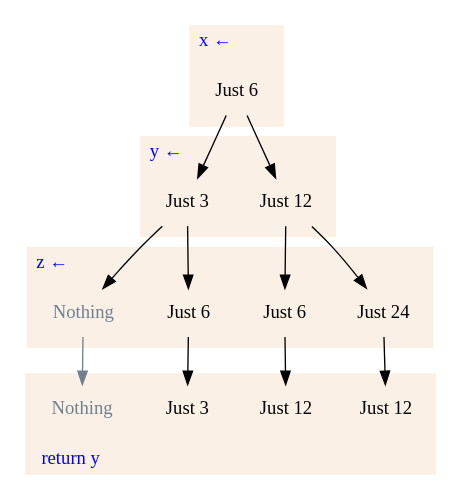
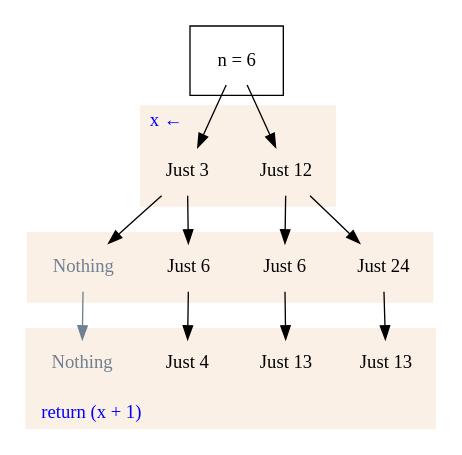
One commit to mstksg/inCode changed the diagram in work/monad-plus/halvedouble.dot. Above: the diagram before and after it, drawn with Graphviz. The commit also changed 2 other files, not shown here.

```diff
--- a/work/monad-plus/halvedouble.dot
+++ b/work/monad-plus/halvedouble.dot
@@ -1,68 +1,64 @@
 digraph {
 
     node [shape=none, color=white, fontname="palatino"] ;
     graph [fontname="palatino"] ;
 
     /* rankdir=LR; */
 
     labeljust="l";
     constraint=false;
 
     subgraph cluster0 {
+        /* label="n =" ; */
+        /* fontcolor=blue; */
+        /* style=filled ; */
+        /* color=linen ; */
+        n  [label="n = 6"] ;
+    }
+
+    subgraph cluster1 {
         label="x ←" ;
         fontcolor=blue;
         style=filled ;
         color=linen ;
-        /* xl [label="x",shape=none] ; */
-        x  [label="Just 6"] ;
-    }
-
-    subgraph cluster1 {
-        label="y ←" ;
-        fontcolor=blue;
-        style=filled ;
-        color=linen ;
-        /* yl [label="y"] ; */
-        y2 [label="Just 12"] ;
-        y1 [label="Just 3"] ;
+        x2 [label="Just 12"] ;
+        x1 [label="Just 3"] ;
     }
 
     subgraph cluster2 {
-        label="z ←" ;
+        /* label="" ; */
         fontcolor=blue;
         style=filled;
         color=linen;
-        /* zl [label="z"] ; */
-        z4 [label="Just 24"] ;
-        z3 [label="Just 6"] ;
-        z2 [label="Just 6"] ;
-        z1 [label="Nothing",fontcolor=slategray] ;
+        y4 [label="Just 24"] ;
+        y3 [label="Just 6"] ;
+        y2 [label="Just 6"] ;
+        y1 [label="Nothing",fontcolor=slategray] ;
     }
 
     subgraph cluster3 {
-        label="return y" ;
+        label="return (x + 1)" ;
         labelloc=b;
         fontcolor=blue;
         style=filled;
         color=linen;
-        /* rl [label="return z"] ; */
-        r4 [label="Just 12"] ;
-        r3 [label="Just 12"] ;
-        r2 [label="Just 3"] ;
+        r4 [label="Just 13"] ;
+        r3 [label="Just 13"] ;
+        r2 [label="Just 4"] ;
         r1 [label="Nothing",fontcolor=slategray] ;
     }
 
-    x  -> y1 ;
-    x  -> y2 ;
+    n  -> x1 ;
+    n  -> x2 ;
 
-    y1 -> z1 ;
-    y1 -> z2 ;
-    y2 -> z3 ;
-    y2 -> z4 ;
+    x1 -> y1 ;
+    x1 -> y2 ;
+    x2 -> y3 ;
+    x2 -> y4 ;
 
-    z1 -> r1 [color=slategray];
-    z2 -> r2 ;
-    z3 -> r3 ;
-    z4 -> r4 ;
+    y1 -> r1 [color=slategray];
+    y2 -> r2 ;
+    y3 -> r3 ;
+    y4 -> r4 ;
 
 }
```
